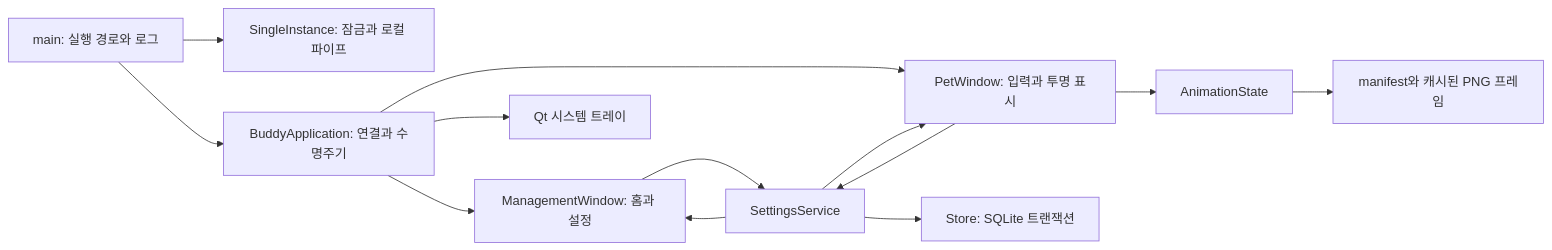
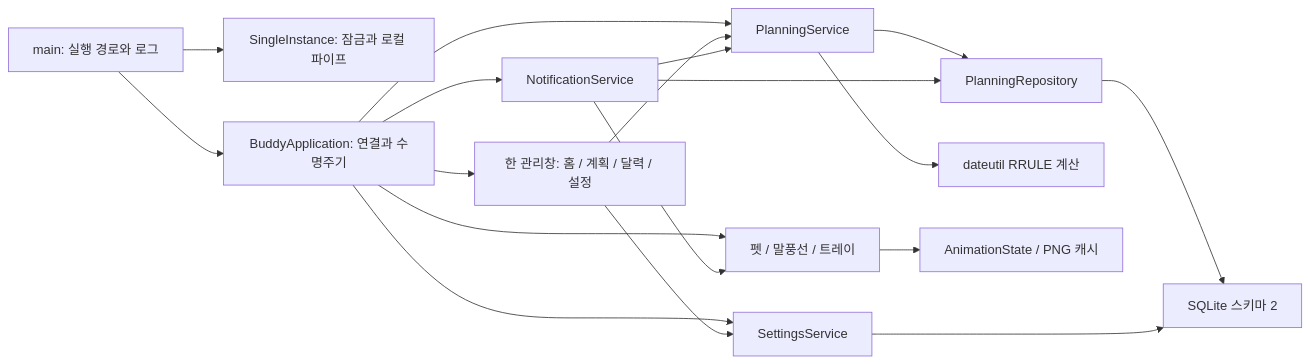
One commit to ksmin4347/Chiikawa_buddy changed the diagram in ARCHITECTURE.md. Above: the diagram before and after it, drawn with Mermaid. The commit also changed other lines of this file and 51 other files, not shown here.

````diff
--- a/ARCHITECTURE.md
+++ b/ARCHITECTURE.md
@@ -5,15 +5,20 @@
 ```mermaid
 flowchart LR
-    Entry[main: 실행 경로와 로그] --> Lock[SingleInstance: 잠금과 로컬 파이프]
-    Entry --> App[BuddyApplication: 연결과 수명주기]
-    App --> UI[ManagementWindow: 홈과 설정]
-    App --> Pet[PetWindow: 입력과 투명 표시]
-    App --> Tray[Qt 시스템 트레이]
-    UI --> Settings[SettingsService]
-    Pet --> Settings
-    Settings --> Store[Store: SQLite 트랜잭션]
-    Settings --> UI
-    Settings --> Pet
-    Pet --> State[AnimationState]
-    State --> Assets[manifest와 캐시된 PNG 프레임]
+    Main[main: 실행 경로와 로그] --> Guard[SingleInstance: 잠금과 로컬 파이프]
+    Main --> App[BuddyApplication: 연결과 수명주기]
+    App --> Settings[SettingsService]
+    App --> Planning[PlanningService]
+    App --> Notifications[NotificationService]
+    App --> Views[한 관리창: 홈 / 계획 / 달력 / 설정]
+    App --> Pet[펫 / 말풍선 / 트레이]
+    Views --> Settings
+    Views --> Planning
+    Planning --> Repo[PlanningRepository]
+    Repo --> DB[SQLite 스키마 2]
+    Settings --> DB
+    Notifications --> Planning
+    Notifications --> Repo
+    Notifications --> Pet
+    Planning --> Repeat[dateutil RRULE 계산]
+    Pet --> Animation[AnimationState / PNG 캐시]
 ```
````
